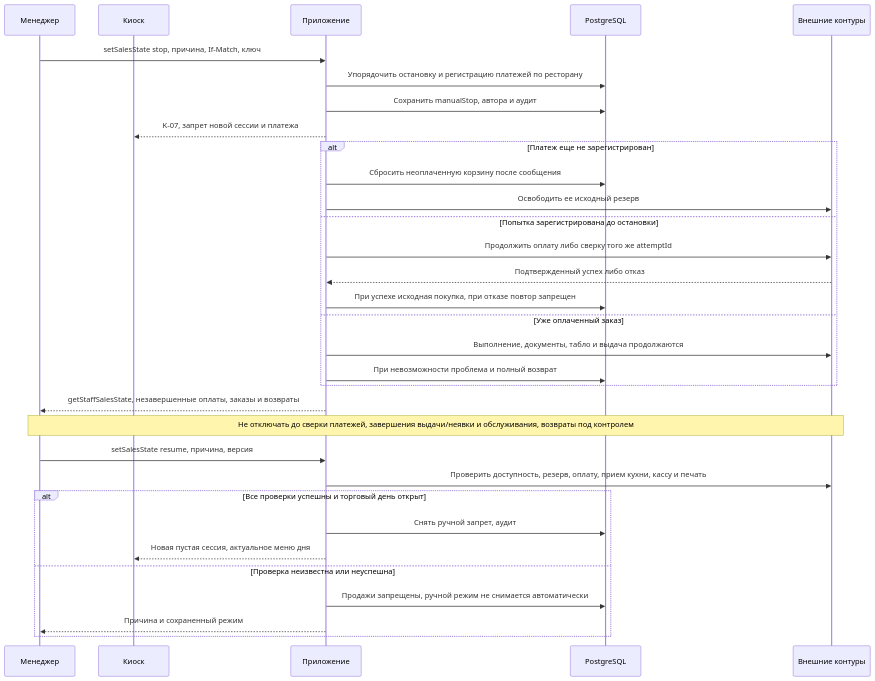
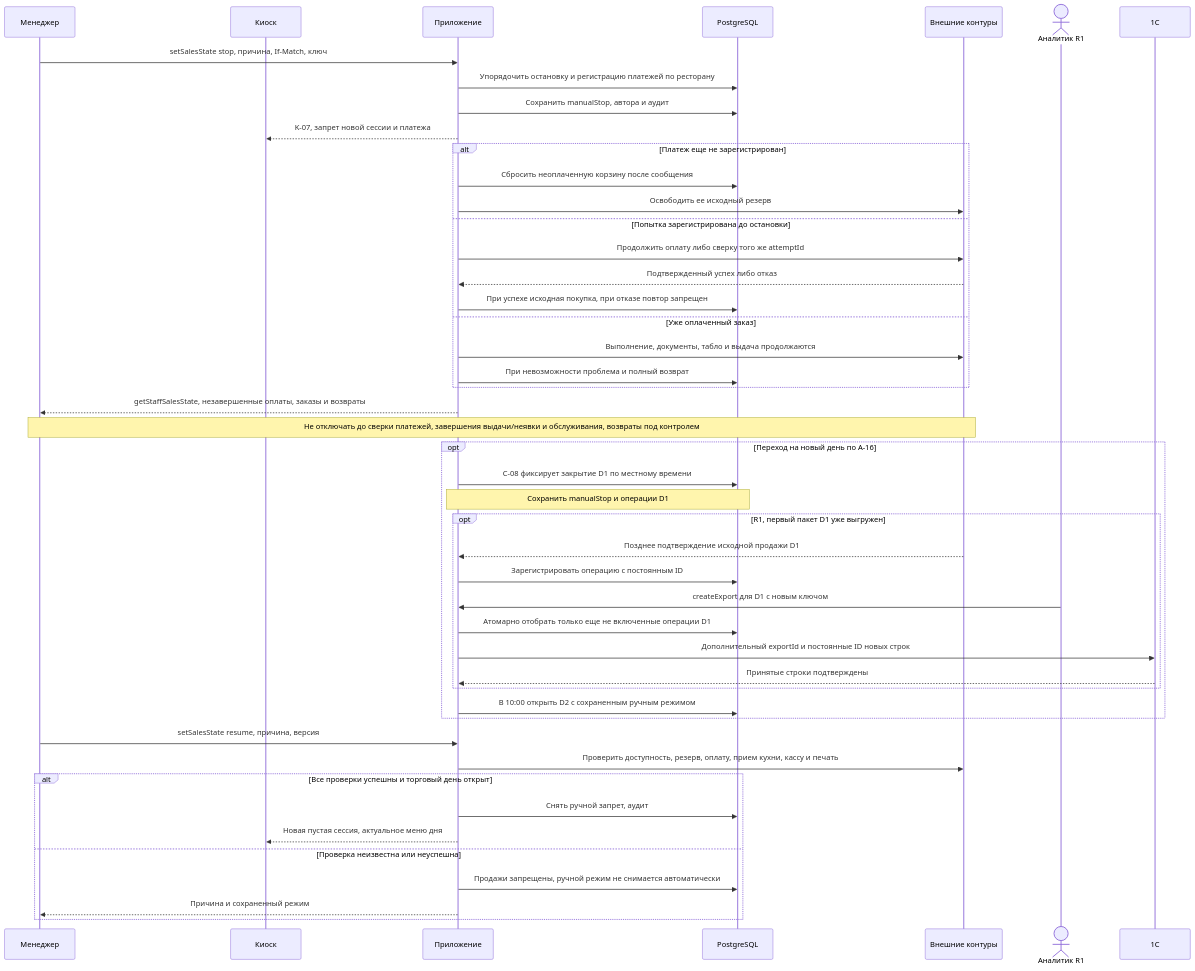
One commit to n-leo-leo/restaurant-order-board changed the eighth of 8 diagrams in docs/project/published/04_architecture/integration-flows.md. Above: the diagram before and after it, drawn with Mermaid. The commit also changed other lines of this file and 92 other files, not shown here.

````diff
--- a/docs/project/published/04_architecture/integration-flows.md
+++ b/docs/project/published/04_architecture/integration-flows.md
@@ -296,34 +337,49 @@
 ```mermaid
 sequenceDiagram
 participant Manager as Менеджер
 participant Kiosk as Киоск
 participant App as Приложение
 participant DB as PostgreSQL
 participant External as Внешние контуры
+actor Analyst as Аналитик R1
+participant ERP as 1С
 Manager->>App: setSalesState stop, причина, If-Match, ключ
 App->>DB: Упорядочить остановку и регистрацию платежей по ресторану
 App->>DB: Сохранить manualStop, автора и аудит
 App-->>Kiosk: K-07, запрет новой сессии и платежа
 alt Платеж еще не зарегистрирован
 App->>DB: Сбросить неоплаченную корзину после сообщения
 App->>External: Освободить ее исходный резерв
 else Попытка зарегистрирована до остановки
 App->>External: Продолжить оплату либо сверку того же attemptId
 External-->>App: Подтвержденный успех либо отказ
 App->>DB: При успехе исходная покупка, при отказе повтор запрещен
 else Уже оплаченный заказ
 App->>External: Выполнение, документы, табло и выдача продолжаются
 App->>DB: При невозможности проблема и полный возврат
 end
 App-->>Manager: getStaffSalesState, незавершенные оплаты, заказы и возвраты
 Note over Manager,External: Не отключать до сверки платежей, завершения выдачи/неявки и обслуживания, возвраты под контролем
+opt Переход на новый день по A-16
+App->>DB: C-08 фиксирует закрытие D1 по местному времени
+Note over App,DB: Сохранить manualStop и операции D1
+opt R1, первый пакет D1 уже выгружен
+External-->>App: Позднее подтверждение исходной продажи D1
+App->>DB: Зарегистрировать операцию с постоянным ID
+Analyst->>App: createExport для D1 с новым ключом
+App->>DB: Атомарно отобрать только еще не включенные операции D1
+App->>ERP: Дополнительный exportId и постоянные ID новых строк
+ERP-->>App: Принятые строки подтверждены
+end
+App->>DB: В 10:00 открыть D2 с сохраненным ручным режимом
+end
 Manager->>App: setSalesState resume, причина, версия
 App->>External: Проверить доступность, резерв, оплату, прием кухни, кассу и печать
 alt Все проверки успешны и торговый день открыт
 App->>DB: Снять ручной запрет, аудит
 App-->>Kiosk: Новая пустая сессия, актуальное меню дня
 else Проверка неизвестна или неуспешна
 App->>DB: Продажи запрещены, ручной режим не снимается автоматически
 App-->>Manager: Причина и сохраненный режим
 end
 ```
````
